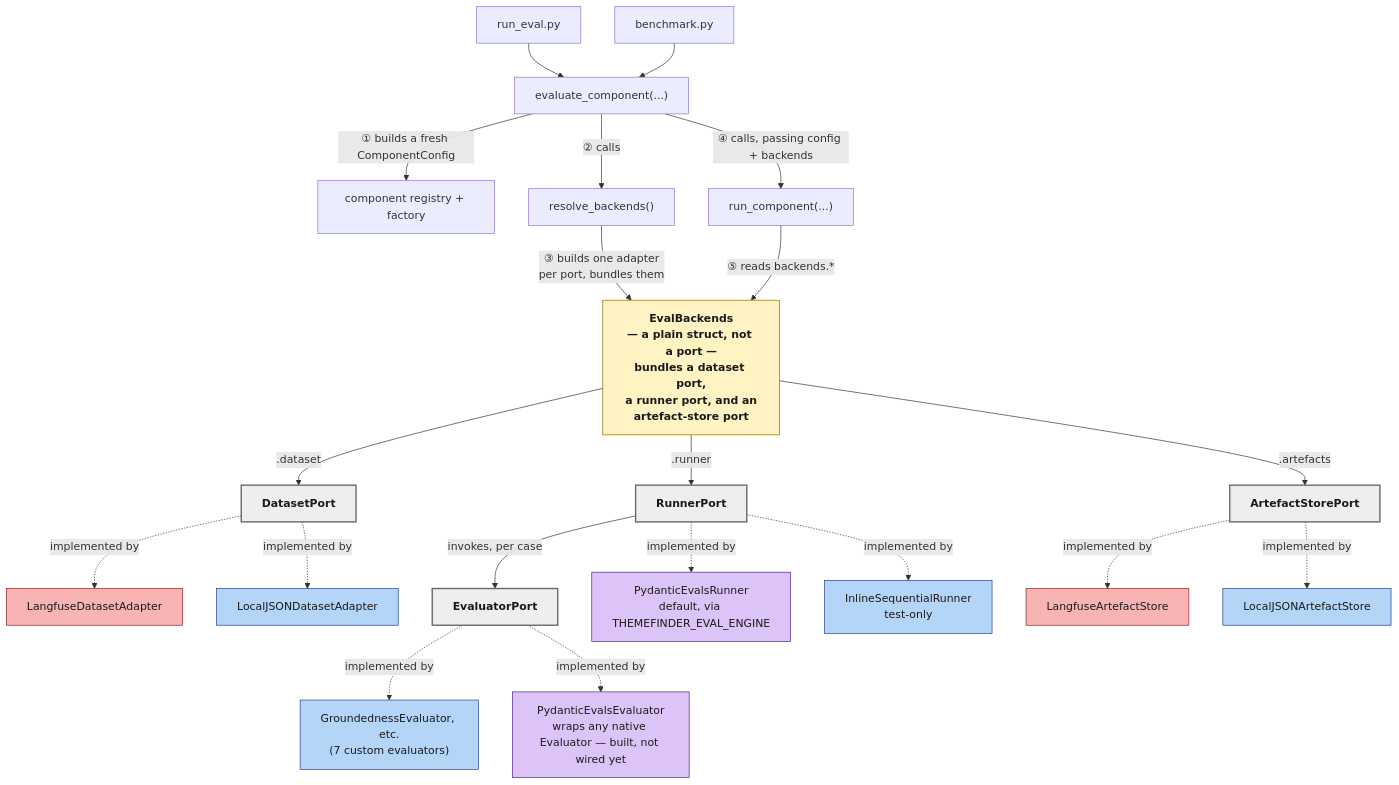
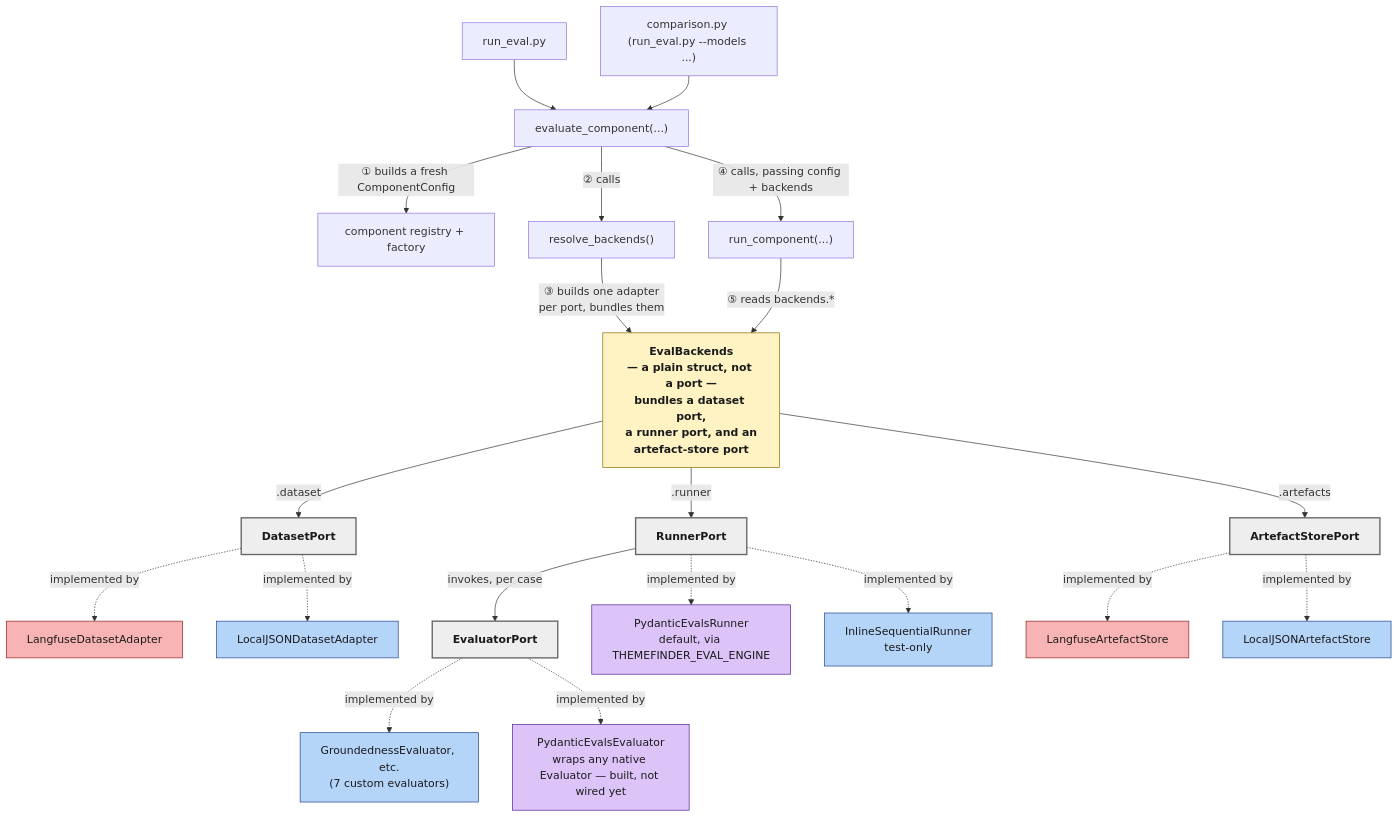
Before and after one commit to i-dot-ai/consult: the diagram in docs/architecture/design/modular-evaluation-framework.md, drawn with Mermaid. The commit also changed other lines of this file and 10 other files, not shown here.

First line of the commit message:
chore(evals): remove benchmark.py in favour of run_eval.py comparisons

````diff
--- a/docs/architecture/design/modular-evaluation-framework.md
+++ b/docs/architecture/design/modular-evaluation-framework.md
@@ -79,41 +82,41 @@
 ```mermaid
 flowchart TB
     CLI["run_eval.py"] --> API["evaluate_component(...)"]
-    BM["benchmark.py"] --> API
+    BM["comparison.py (run_eval.py --models ...)"] --> API
     API -->|"① builds a fresh ComponentConfig"| CF["component registry + factory"]
     API -->|"② calls"| RB["resolve_backends()"]
     RB -->|"③ builds one adapter<br/>per port, bundles them"| EB
     API -->|"④ calls, passing config + backends"| RS["run_component(...)"]
     RS -->|"⑤ reads backends.*"| EB
 
     EB["EvalBackends<br/>— a plain struct, not a port —<br/>bundles a dataset port,<br/>a runner port, and an<br/>artefact-store port"]
 
     EB -->|".dataset"| DP["DatasetPort"]
     EB -->|".runner"| RP["RunnerPort"]
     EB -->|".artefacts"| AP["ArtefactStorePort"]
     RP -->|"invokes, per case"| EP["EvaluatorPort"]
 
     DP -.->|"implemented by"| LDA["LangfuseDatasetAdapter"]
     DP -.->|"implemented by"| LJDA["LocalJSONDatasetAdapter"]
 
     EP -.->|"implemented by"| CEA["GroundednessEvaluator, etc.<br/>(7 custom evaluators)"]
     EP -.->|"implemented by"| PEA["PydanticEvalsEvaluator<br/>wraps any native Evaluator — built, not wired yet"]
 
     RP -.->|"implemented by"| PER["PydanticEvalsRunner<br/>default, via THEMEFINDER_EVAL_ENGINE"]
     RP -.->|"implemented by"| ISR["InlineSequentialRunner<br/>test-only"]
 
     AP -.->|"implemented by"| LAS["LangfuseArtefactStore"]
     AP -.->|"implemented by"| LJAS["LocalJSONArtefactStore"]
 
     classDef langfuse fill:#f8b4b4,stroke:#902020,color:#1a1a1a
     classDef local fill:#b4d4f8,stroke:#204090,color:#1a1a1a
     classDef pyd fill:#ddc4f8,stroke:#502090,color:#1a1a1a
     classDef port fill:#eee,stroke:#666,color:#1a1a1a,font-weight:bold,stroke-width:2px
     classDef backends fill:#fff3c4,stroke:#8a6d00,color:#1a1a1a,font-weight:bold
     class LDA,LAS langfuse
     class LJDA,LJAS,ISR local
     class PER,PEA pyd
     class CEA local
     class DP,EP,RP,AP port
     class EB backends
 ```
````
